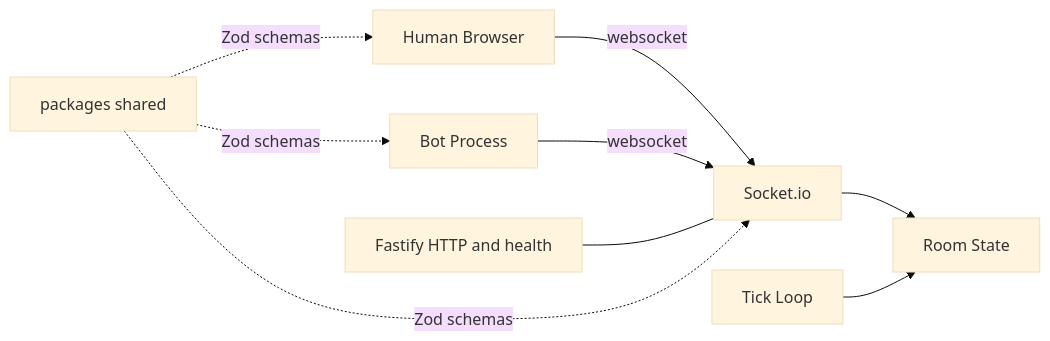
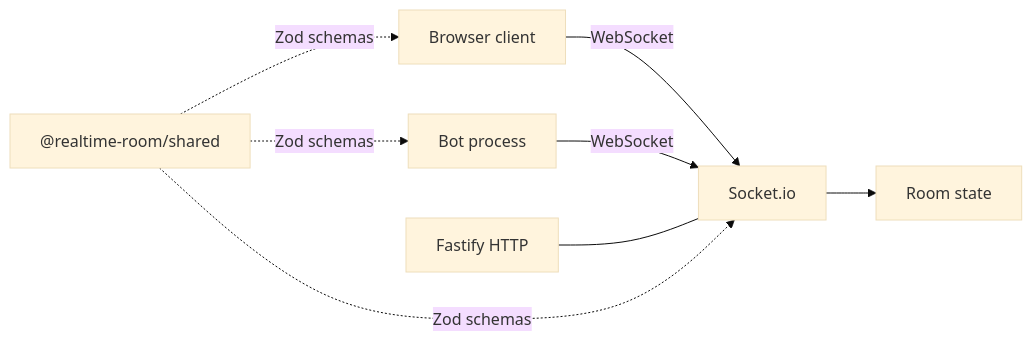
Before and after one commit to Archopoia/White-Exile: the diagram in docs/architecture.md, drawn with Mermaid (base theme). The commit also changed other lines of this file and 33 other files, not shown here.

````diff
--- a/docs/architecture.md
+++ b/docs/architecture.md
@@ -5,18 +5,16 @@
 ```mermaid
 flowchart LR
-  Browser[Human Browser]
-  BotProc[Bot Process]
-  Fastify[Fastify HTTP and health]
+  Browser[Browser client]
+  BotProc[Bot process]
+  Fastify[Fastify HTTP]
   IO[Socket.io]
-  Room[Room State]
-  Sim[Tick Loop]
-  Shared[packages shared]
-  Browser -->|websocket| IO
-  BotProc -->|websocket| IO
+  Room[Room state]
+  Shared["@realtime-room/shared"]
+  Browser -->|WebSocket| IO
+  BotProc -->|WebSocket| IO
   Fastify --- IO
   IO --> Room
-  Sim --> Room
   Shared -.->|Zod schemas| Browser
   Shared -.->|Zod schemas| IO
   Shared -.->|Zod schemas| BotProc
 ```
````
